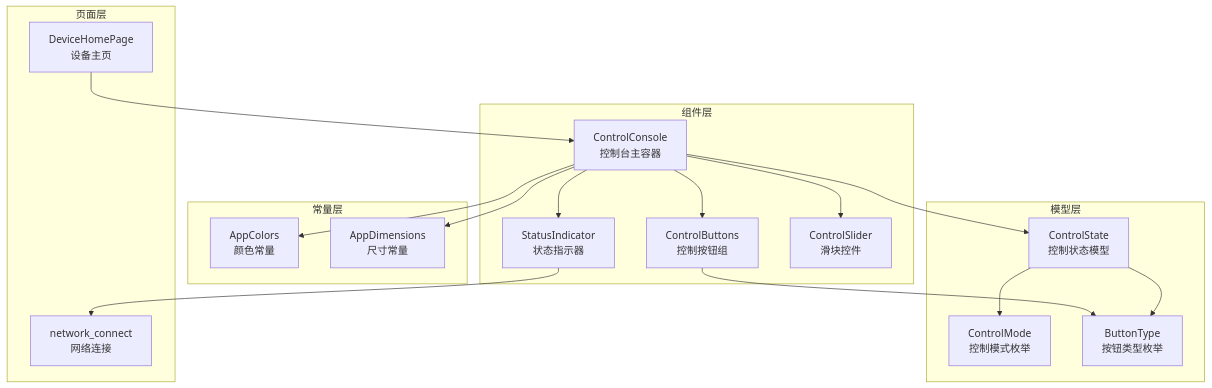
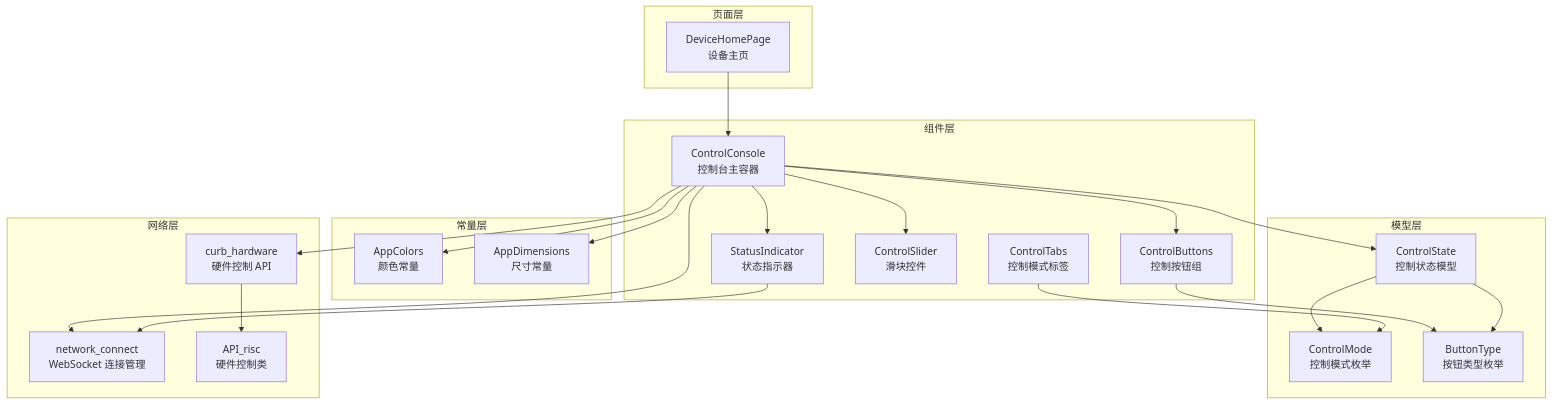
The first of 13 diagrams in .qoder/repowiki/zh/content/界面组件系统/控制组件/控制台主组件.md (Neonrey-hub/SmartController), drawn with Mermaid before and after one commit. The commit also changed other lines of this file and 16 other files, not shown here.

````diff
--- a/.qoder/repowiki/zh/content/界面组件系统/控制组件/控制台主组件.md
+++ b/.qoder/repowiki/zh/content/界面组件系统/控制组件/控制台主组件.md
@@ -41,33 +56,42 @@
 ```mermaid
 graph TB
 subgraph "组件层"
 ControlConsole[ControlConsole<br/>控制台主容器]
 ControlButtons[ControlButtons<br/>控制按钮组]
 StatusIndicator[StatusIndicator<br/>状态指示器]
 ControlSlider[ControlSlider<br/>滑块控件]
+ControlTabs[ControlTabs<br/>控制模式标签]
 end
 subgraph "模型层"
 ControlState[ControlState<br/>控制状态模型]
 ControlMode[ControlMode<br/>控制模式枚举]
 ButtonType[ButtonType<br/>按钮类型枚举]
 end
 subgraph "常量层"
 AppColors[AppColors<br/>颜色常量]
 AppDimensions[AppDimensions<br/>尺寸常量]
 end
+subgraph "网络层"
+network_connect[network_connect<br/>WebSocket 连接管理]
+curb_hardware[curb_hardware<br/>硬件控制 API]
+API_risc[API_risc<br/>硬件控制类]
+end
 subgraph "页面层"
 DeviceHomePage[DeviceHomePage<br/>设备主页]
-network_connect[network_connect<br/>网络连接]
 end
 ControlConsole --> ControlButtons
 ControlConsole --> StatusIndicator
 ControlConsole --> ControlSlider
 ControlConsole --> ControlState
 ControlConsole --> AppColors
 ControlConsole --> AppDimensions
+ControlConsole --> network_connect
+ControlConsole --> curb_hardware
 ControlButtons --> ButtonType
 ControlState --> ControlMode
 ControlState --> ButtonType
 DeviceHomePage --> ControlConsole
 StatusIndicator --> network_connect
+ControlTabs --> ControlMode
+curb_hardware --> API_risc
 ```
````
